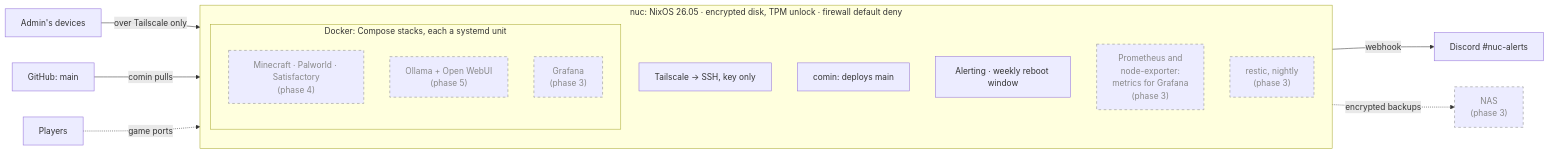
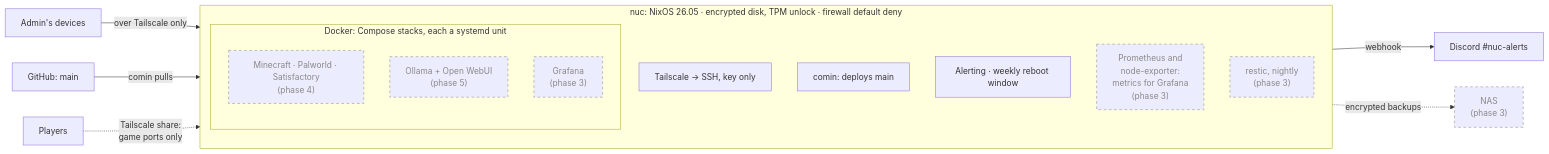
Before and after one commit to alexCranfield/nixos-homeserver: the second of 2 diagrams in README.md, drawn with Mermaid. The commit also changed other lines of this file and 9 other files, not shown here.

First line of the commit message:
ADR 0011: friends reach game servers over Tailscale sharing (#136)

````diff
--- a/README.md
+++ b/README.md
@@ -100,28 +101,28 @@
 ```mermaid
 flowchart LR
     admin["Admin's devices"]
     gh["GitHub: main"]
     players["Players"]
     subgraph nuc["nuc: NixOS 26.05 · encrypted disk, TPM unlock · firewall default deny"]
         direction TB
         ts["Tailscale → SSH, key only"]
         comin["comin: deploys main"]
         notify["Alerting · weekly reboot window"]
         subgraph docker["Docker: Compose stacks, each a systemd unit"]
             games["Minecraft · Palworld · Satisfactory<br/>(phase 4)"]
             llm["Ollama + Open WebUI<br/>(phase 5)"]
             grafana["Grafana<br/>(phase 3)"]
         end
         prom["Prometheus and<br/>node-exporter:<br/>metrics for Grafana<br/>(phase 3)"]
         restic["restic, nightly<br/>(phase 3)"]
     end
     discord["Discord #nuc-alerts"]
     nas["NAS<br/>(phase 3)"]
     admin -->|"over Tailscale only"| ts
     gh -->|"comin pulls"| comin
-    players -.->|"game ports"| games
+    players -.->|"Tailscale share:<br/>game ports only"| games
     notify -->|webhook| discord
     restic -.->|"encrypted backups"| nas
     classDef planned stroke-dasharray: 5 5,color:#888,stroke:#888
     class games,llm,grafana,prom,restic,nas planned
 ```
````
